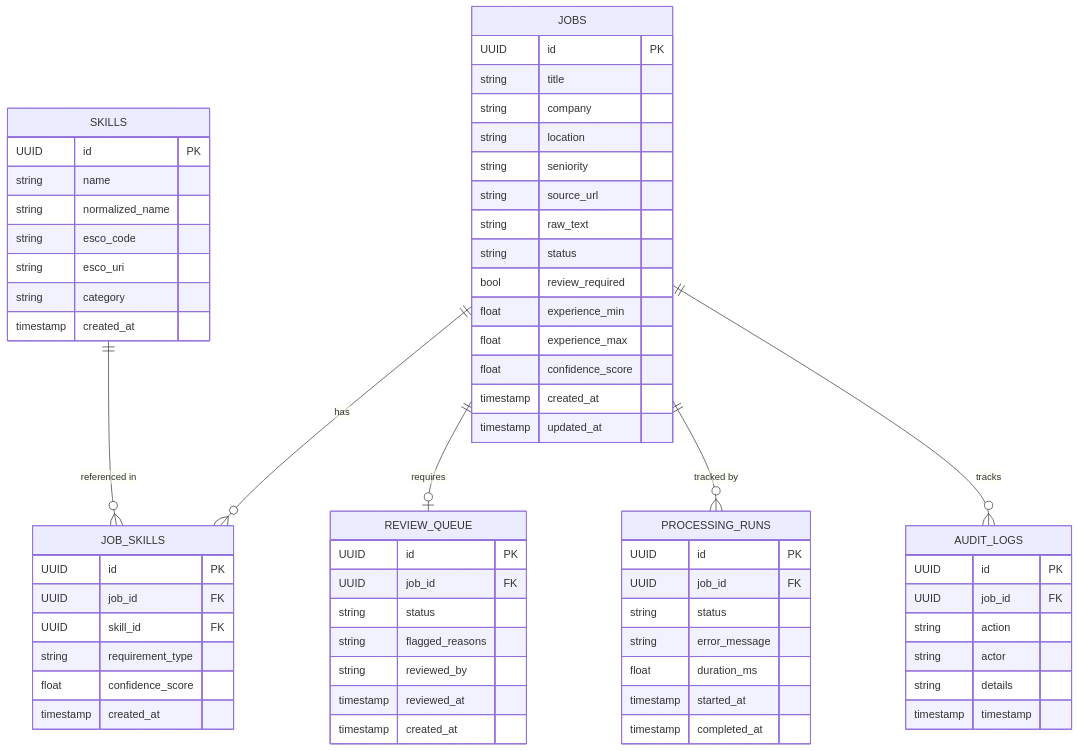
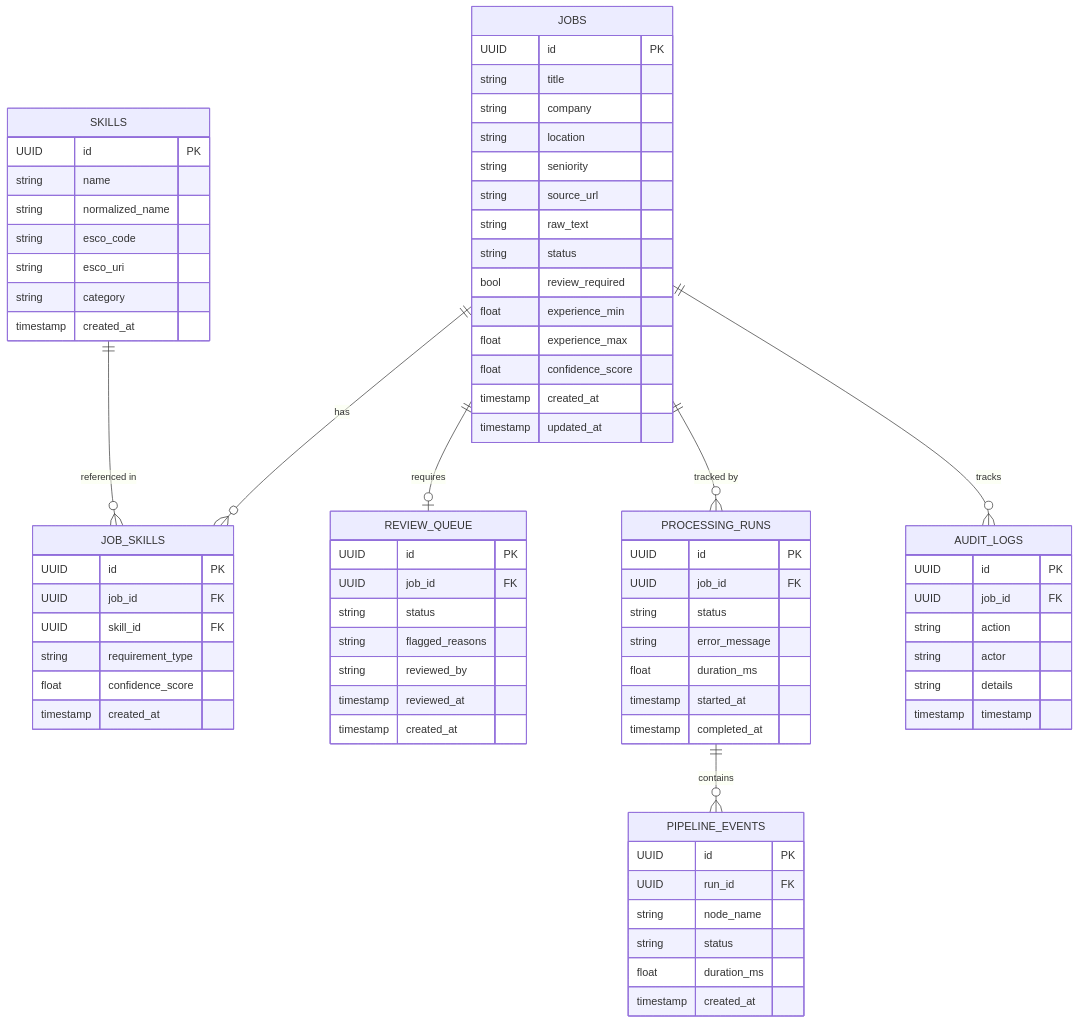
One commit to sbkxd/Job-Desription-Parser changed the third of 5 diagrams in architecture.md. Above: the diagram before and after it, drawn with Mermaid. The commit also changed other lines of this file and 50 other files, not shown here.

````diff
--- a/architecture.md
+++ b/architecture.md
@@ -116,68 +131,77 @@
 ```mermaid
 erDiagram
     JOBS {
         UUID id PK
         string title
         string company
         string location
         string seniority
         string source_url
         string raw_text
         string status
         bool review_required
         float experience_min
         float experience_max
         float confidence_score
         timestamp created_at
         timestamp updated_at
     }
     SKILLS {
         UUID id PK
         string name
         string normalized_name
         string esco_code
         string esco_uri
         string category
         timestamp created_at
     }
     JOB_SKILLS {
         UUID id PK
         UUID job_id FK
         UUID skill_id FK
         string requirement_type
         float confidence_score
         timestamp created_at
     }
     REVIEW_QUEUE {
         UUID id PK
         UUID job_id FK
         string status
         string flagged_reasons
         string reviewed_by
         timestamp reviewed_at
         timestamp created_at
     }
     PROCESSING_RUNS {
         UUID id PK
         UUID job_id FK
         string status
         string error_message
         float duration_ms
         timestamp started_at
         timestamp completed_at
     }
     AUDIT_LOGS {
         UUID id PK
         UUID job_id FK
         string action
         string actor
         string details
         timestamp timestamp
     }
+    PIPELINE_EVENTS {
+        UUID id PK
+        UUID run_id FK
+        string node_name
+        string status
+        float duration_ms
+        timestamp created_at
+    }
 
     JOBS ||--o{ JOB_SKILLS : "has"
     SKILLS ||--o{ JOB_SKILLS : "referenced in"
     JOBS ||--o| REVIEW_QUEUE : "requires"
     JOBS ||--o{ PROCESSING_RUNS : "tracked by"
     JOBS ||--o{ AUDIT_LOGS : "tracks"
+    PROCESSING_RUNS ||--o{ PIPELINE_EVENTS : "contains"
 ```
````
